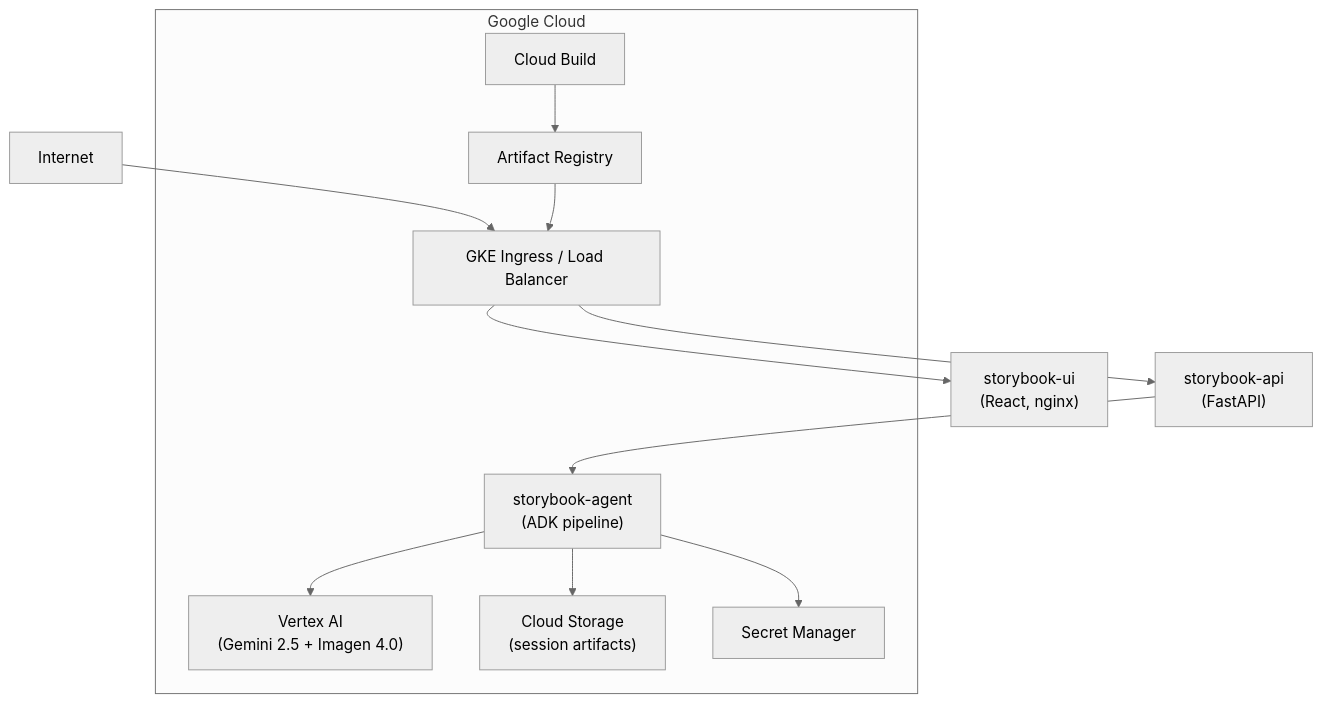
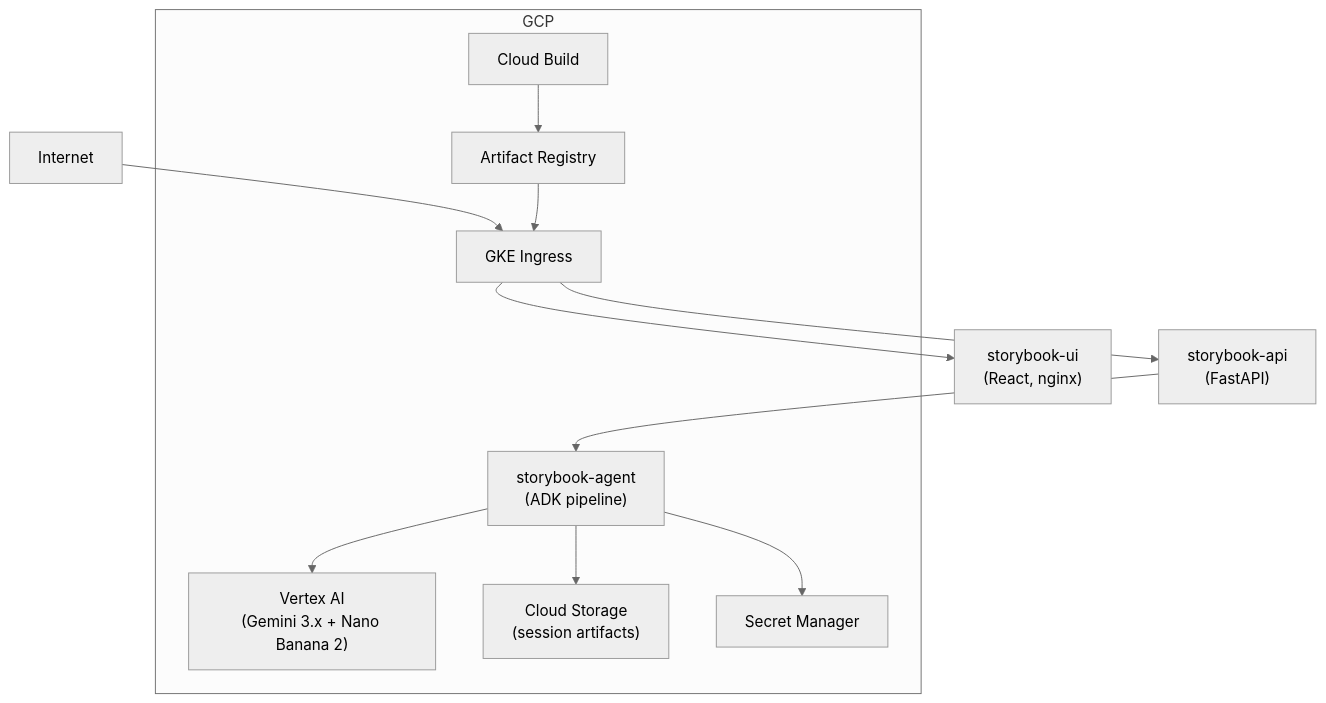
The third of 4 diagrams in docs/architecture/architecture.md (arbrown/asp), drawn with Mermaid (neutral theme) before and after one commit. The commit also changed other lines of this file, not shown here.

First line of the commit message:
docs: add custom constraint system and Character Bible Agent

````diff
--- a/docs/architecture/architecture.md
+++ b/docs/architecture/architecture.md
@@ -179,15 +262,15 @@
 ```mermaid
 graph TD
-    Internet["Internet"] --> LB["GKE Ingress / Load Balancer"]
+    Internet --> LB["GKE Ingress"]
     LB --> UI["storybook-ui\n(React, nginx)"]
     LB --> APIGW["storybook-api\n(FastAPI)"]
     APIGW --> AgentPod["storybook-agent\n(ADK pipeline)"]
 
-    subgraph GCP ["Google Cloud"]
-        AgentPod --> Vertex["Vertex AI\n(Gemini 2.5 + Imagen 4.0)"]
+    subgraph GCP
+        AgentPod --> Vertex["Vertex AI\n(Gemini 3.x + Nano Banana 2)"]
         AgentPod --> GCS["Cloud Storage\n(session artifacts)"]
         AgentPod --> SecretMgr["Secret Manager"]
-        AR["Artifact Registry"] --> LB
-        CloudBuild["Cloud Build"] --> AR
+        CloudBuild["Cloud Build"] --> AR["Artifact Registry"]
+        AR --> LB
     end
 ```
````
